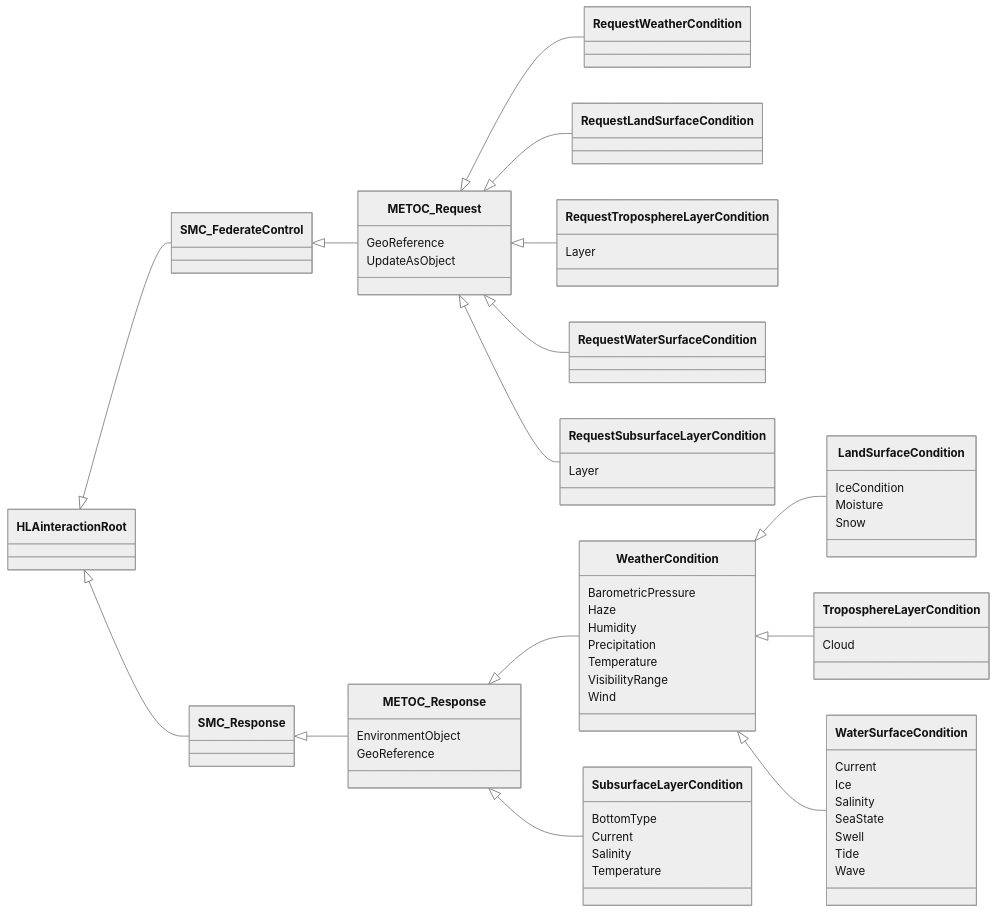
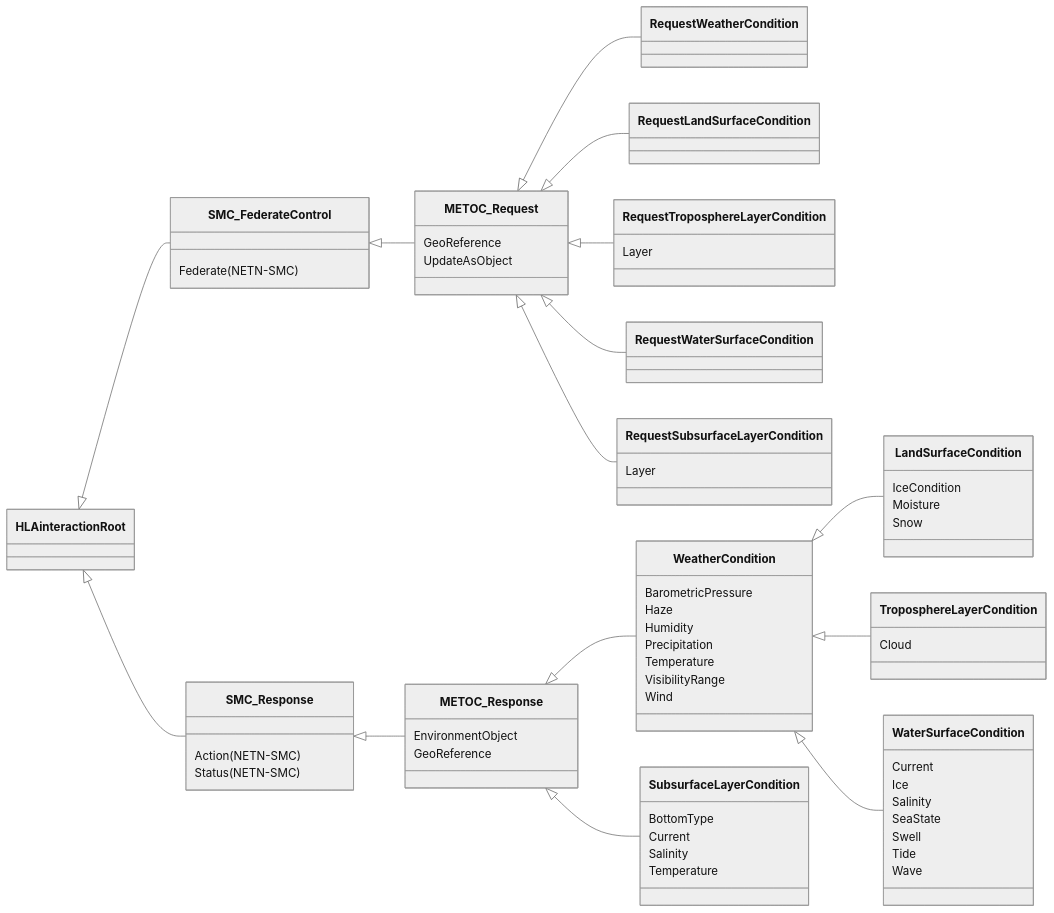
One commit to AMSP-04/NETN-METOC changed the second of 2 diagrams in NETN-METOC.md. Above: the diagram before and after it, drawn with Mermaid (neutral theme). The commit also changed other lines of this file and 3 other files, not shown here.

````diff
--- a/NETN-METOC.md
+++ b/NETN-METOC.md
@@ -276,46 +282,49 @@
 ```mermaid
 classDiagram 
 direction LR
 HLAinteractionRoot <|-- SMC_FederateControl
 HLAinteractionRoot <|-- SMC_Response
 SMC_FederateControl <|-- METOC_Request
+SMC_FederateControl : Federate(NETN-SMC)
 METOC_Request <|-- RequestWeatherCondition
 METOC_Request <|-- RequestLandSurfaceCondition
 METOC_Request <|-- RequestTroposphereLayerCondition
 METOC_Request <|-- RequestWaterSurfaceCondition
 METOC_Request <|-- RequestSubsurfaceLayerCondition
 METOC_Request : GeoReference
 METOC_Request : UpdateAsObject
 RequestTroposphereLayerCondition : Layer
 RequestSubsurfaceLayerCondition : Layer
 SMC_Response <|-- METOC_Response
+SMC_Response : Action(NETN-SMC)
+SMC_Response : Status(NETN-SMC)
 METOC_Response <|-- WeatherCondition
 METOC_Response <|-- SubsurfaceLayerCondition
 METOC_Response : EnvironmentObject
 METOC_Response : GeoReference
 WeatherCondition <|-- LandSurfaceCondition
 WeatherCondition <|-- TroposphereLayerCondition
 WeatherCondition <|-- WaterSurfaceCondition
 WeatherCondition : BarometricPressure
 WeatherCondition : Haze
 WeatherCondition : Humidity
 WeatherCondition : Precipitation
 WeatherCondition : Temperature
 WeatherCondition : VisibilityRange
 WeatherCondition : Wind
 LandSurfaceCondition : IceCondition
 LandSurfaceCondition : Moisture
 LandSurfaceCondition : Snow
 TroposphereLayerCondition : Cloud
 WaterSurfaceCondition : Current
 WaterSurfaceCondition : Ice
 WaterSurfaceCondition : Salinity
 WaterSurfaceCondition : SeaState
 WaterSurfaceCondition : Swell
 WaterSurfaceCondition : Tide
 WaterSurfaceCondition : Wave
 SubsurfaceLayerCondition : BottomType
 SubsurfaceLayerCondition : Current
 SubsurfaceLayerCondition : Salinity
 SubsurfaceLayerCondition : Temperature
 ```
````
